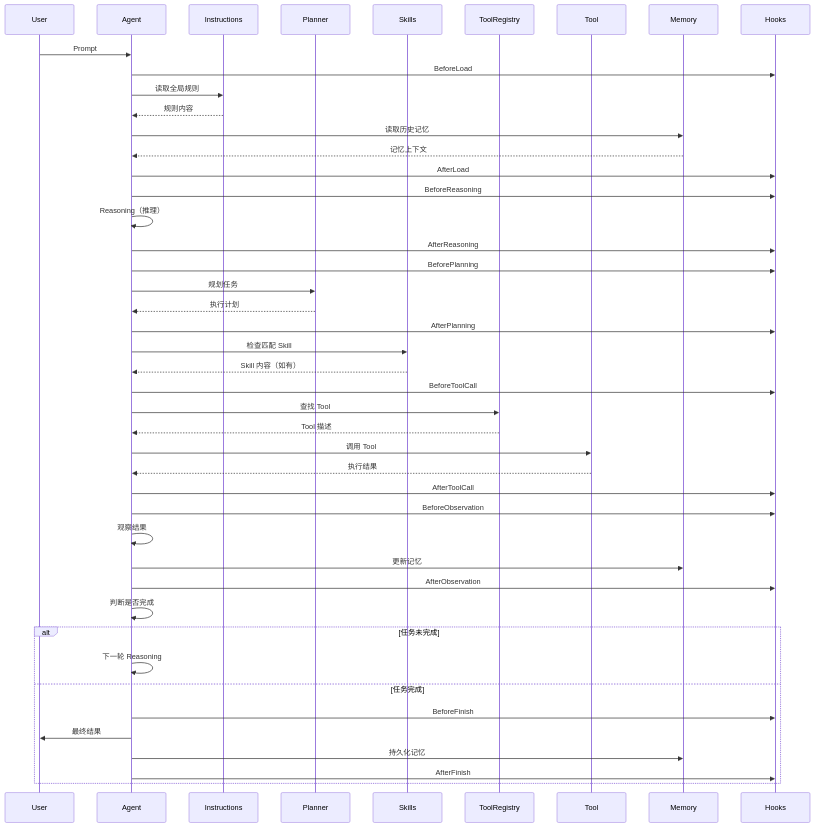
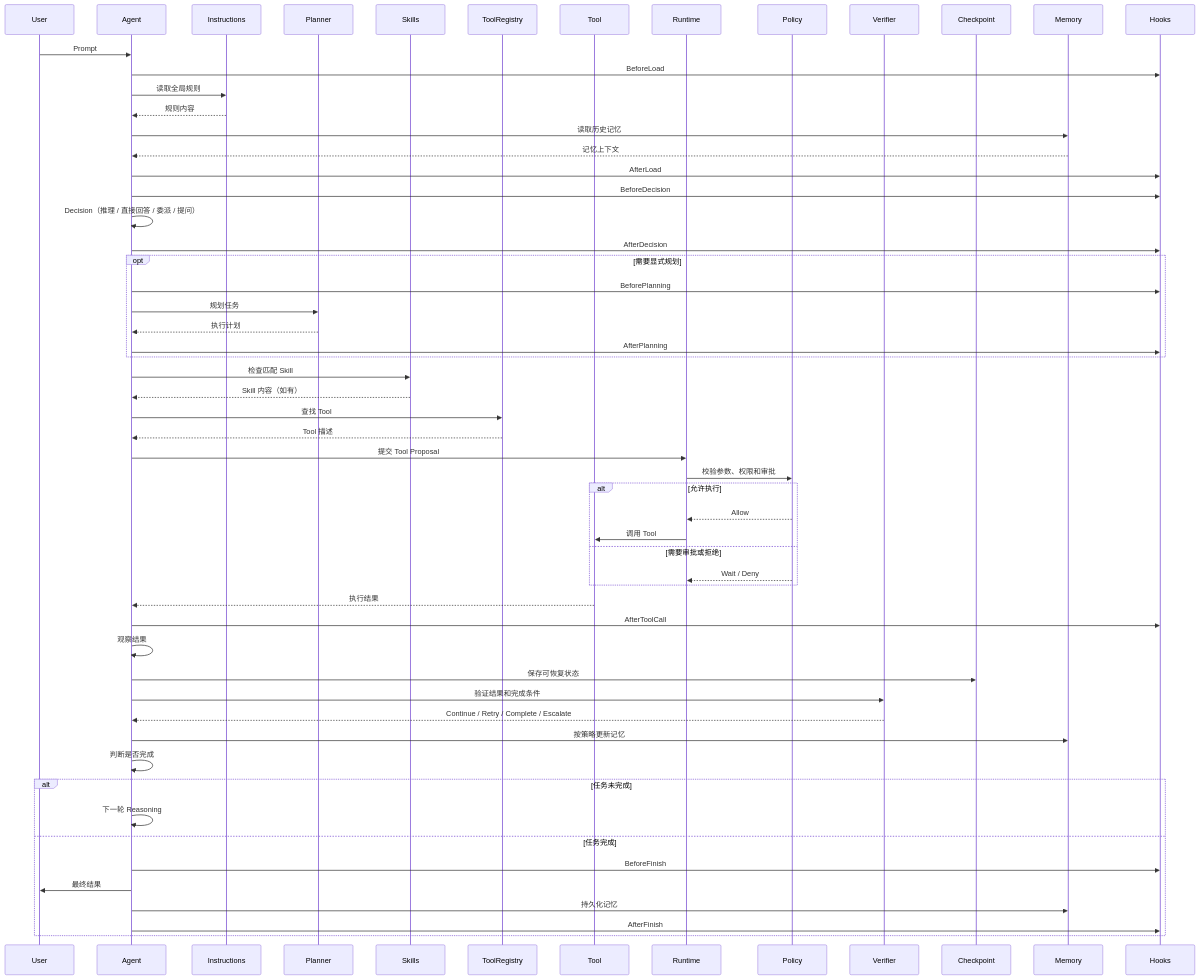
The eighth of 8 diagrams in docs/chapters/02-architecture/README.md (dollarser/modern-ai-agent-architecture), drawn with Mermaid before and after one commit. The commit also changed other lines of this file and 27 other files, not shown here.

````diff
--- a/docs/chapters/02-architecture/README.md
+++ b/docs/chapters/02-architecture/README.md
@@ -531,55 +592,68 @@
 ```mermaid
 sequenceDiagram
     participant User
     participant Agent
     participant Instructions
     participant Planner
     participant Skills
     participant ToolRegistry
     participant Tool
+    participant Runtime
+    participant Policy
+    participant Verifier
+    participant Checkpoint
     participant Memory
     participant Hooks
 
     User->>Agent: Prompt
     Agent->>Hooks: BeforeLoad
     Agent->>Instructions: 读取全局规则
     Instructions-->>Agent: 规则内容
     Agent->>Memory: 读取历史记忆
     Memory-->>Agent: 记忆上下文
     Agent->>Hooks: AfterLoad
 
-    Agent->>Hooks: BeforeReasoning
-    Agent->>Agent: Reasoning（推理）
-    Agent->>Hooks: AfterReasoning
+    Agent->>Hooks: BeforeDecision
+    Agent->>Agent: Decision（推理 / 直接回答 / 委派 / 提问）
+    Agent->>Hooks: AfterDecision
 
-    Agent->>Hooks: BeforePlanning
-    Agent->>Planner: 规划任务
-    Planner-->>Agent: 执行计划
-    Agent->>Hooks: AfterPlanning
+    opt 需要显式规划
+        Agent->>Hooks: BeforePlanning
+        Agent->>Planner: 规划任务
+        Planner-->>Agent: 执行计划
+        Agent->>Hooks: AfterPlanning
+    end
 
     Agent->>Skills: 检查匹配 Skill
     Skills-->>Agent: Skill 内容（如有）
 
-    Agent->>Hooks: BeforeToolCall
     Agent->>ToolRegistry: 查找 Tool
     ToolRegistry-->>Agent: Tool 描述
-    Agent->>Tool: 调用 Tool
+    Agent->>Runtime: 提交 Tool Proposal
+    Runtime->>Policy: 校验参数、权限和审批
+    alt 允许执行
+        Policy-->>Runtime: Allow
+        Runtime->>Tool: 调用 Tool
+    else 需要审批或拒绝
+        Policy-->>Runtime: Wait / Deny
+    end
     Tool-->>Agent: 执行结果
     Agent->>Hooks: AfterToolCall
 
-    Agent->>Hooks: BeforeObservation
     Agent->>Agent: 观察结果
-    Agent->>Memory: 更新记忆
-    Agent->>Hooks: AfterObservation
+    Agent->>Checkpoint: 保存可恢复状态
+    Agent->>Verifier: 验证结果和完成条件
+    Verifier-->>Agent: Continue / Retry / Complete / Escalate
+    Agent->>Memory: 按策略更新记忆
 
     Agent->>Agent: 判断是否完成
 
     alt 任务未完成
         Agent->>Agent: 下一轮 Reasoning
     else 任务完成
         Agent->>Hooks: BeforeFinish
         Agent->>User: 最终结果
         Agent->>Memory: 持久化记忆
         Agent->>Hooks: AfterFinish
     end
 ```
````
